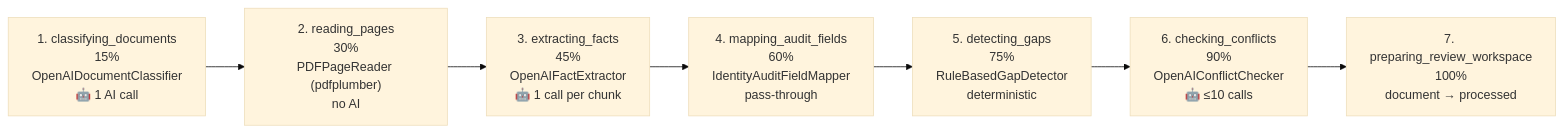
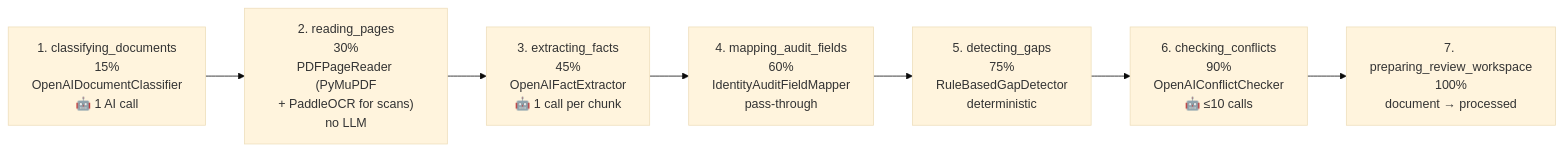
Before and after one commit to jagadesh-alpha8/AI-READY: diagram 15 of 21 in PROJECT_WORKFLOW_AND_TECHNICAL_REPORT.md, drawn with Mermaid (base theme). The commit also changed other lines of this file, not shown here.

````diff
--- a/PROJECT_WORKFLOW_AND_TECHNICAL_REPORT.md
+++ b/PROJECT_WORKFLOW_AND_TECHNICAL_REPORT.md
@@ -2086,11 +2555,11 @@
 ```mermaid
 flowchart LR
     S1["1. classifying_documents<br/>15%<br/>OpenAIDocumentClassifier<br/>🤖 1 AI call"]
-    S2["2. reading_pages<br/>30%<br/>PDFPageReader (pdfplumber)<br/>no AI"]
+    S2["2. reading_pages<br/>30%<br/>PDFPageReader (PyMuPDF<br/>+ PaddleOCR for scans)<br/>no LLM"]
     S3["3. extracting_facts<br/>45%<br/>OpenAIFactExtractor<br/>🤖 1 call per chunk"]
     S4["4. mapping_audit_fields<br/>60%<br/>IdentityAuditFieldMapper<br/>pass-through"]
     S5["5. detecting_gaps<br/>75%<br/>RuleBasedGapDetector<br/>deterministic"]
     S6["6. checking_conflicts<br/>90%<br/>OpenAIConflictChecker<br/>🤖 ≤10 calls"]
     S7["7. preparing_review_workspace<br/>100%<br/>document → processed"]
     S1 --> S2 --> S3 --> S4 --> S5 --> S6 --> S7
 ```
````
